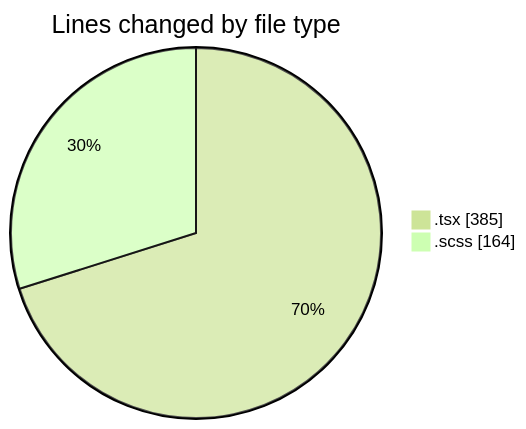
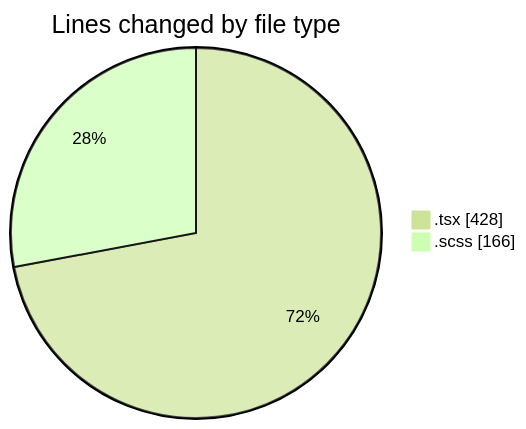
The first of 2 diagrams in 2025-09-16/cda/README.md (momahboobian/code-tracking), drawn with Mermaid (forest theme) before and after one commit. The commit also changed other lines of this file and 1 other file, not shown here.

````diff
--- a/2025-09-16/cda/README.md
+++ b/2025-09-16/cda/README.md
@@ -22,6 +22,6 @@
 ```mermaid
 pie showData
 title Lines changed by file type
-".tsx" : 385
-".scss" : 164
+".tsx" : 428
+".scss" : 166
 ```
````
